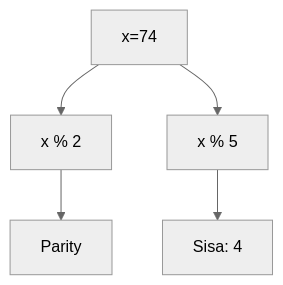
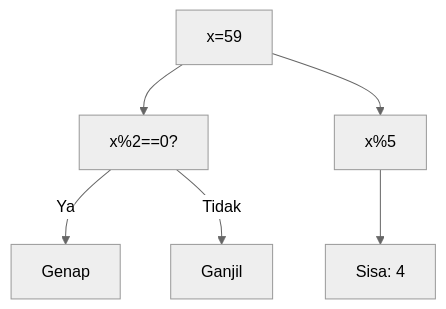
One commit to amnahwaida/OSNK_INF_PREP changed the tenth of 25 diagrams in part-c-pemahaman-cpp/05-rekursi/latihan/set-07.md. Above: the diagram before and after it, drawn with Mermaid (neutral theme). The commit also changed other lines of this file and 71 other files, not shown here.

Commit message:
Fixed Mermaid syntax lexical errors with quoted labels in 1,800 questions

````diff
--- a/part-c-pemahaman-cpp/05-rekursi/latihan/set-07.md
+++ b/part-c-pemahaman-cpp/05-rekursi/latihan/set-07.md
@@ -170,7 +311,8 @@
 ```mermaid
 graph TD
-A[x=74] --> B[x % 2]
-B --> C[Parity]
-A --> D[x % 5]
-D --> E[Sisa: 4]
+A["x=59"] --> B["x%2==0?"]
+B -- Ya --> C["Genap"]
+B -- Tidak --> D["Ganjil"]
+A --> E["x%5"]
+E --> F["Sisa: 4"]
 ```
````
